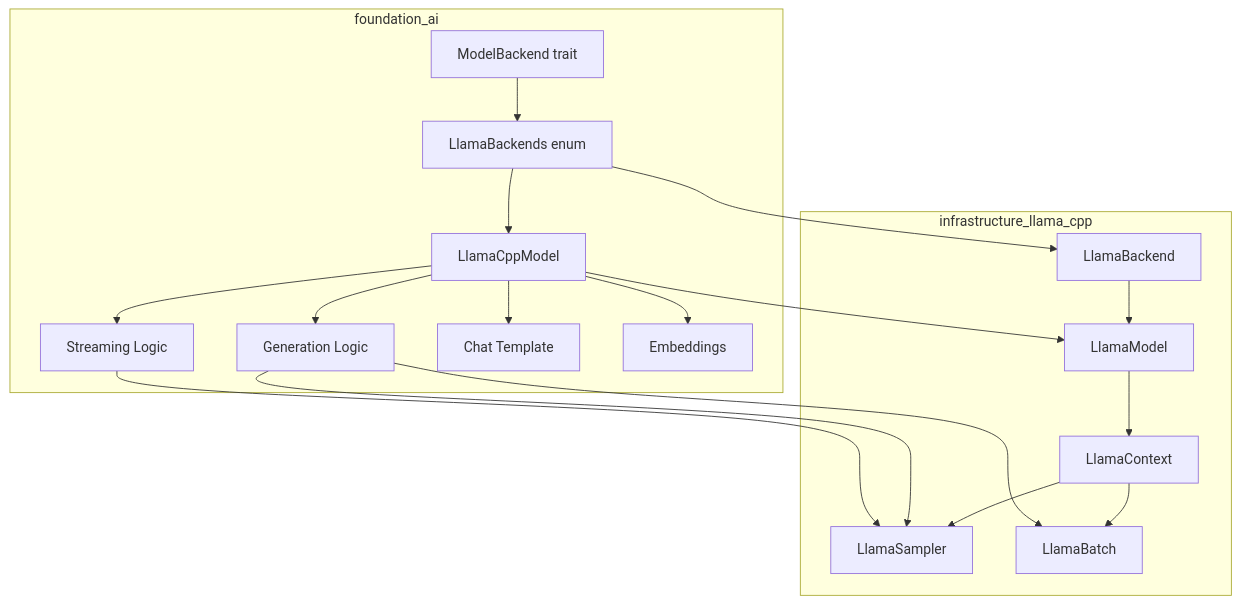
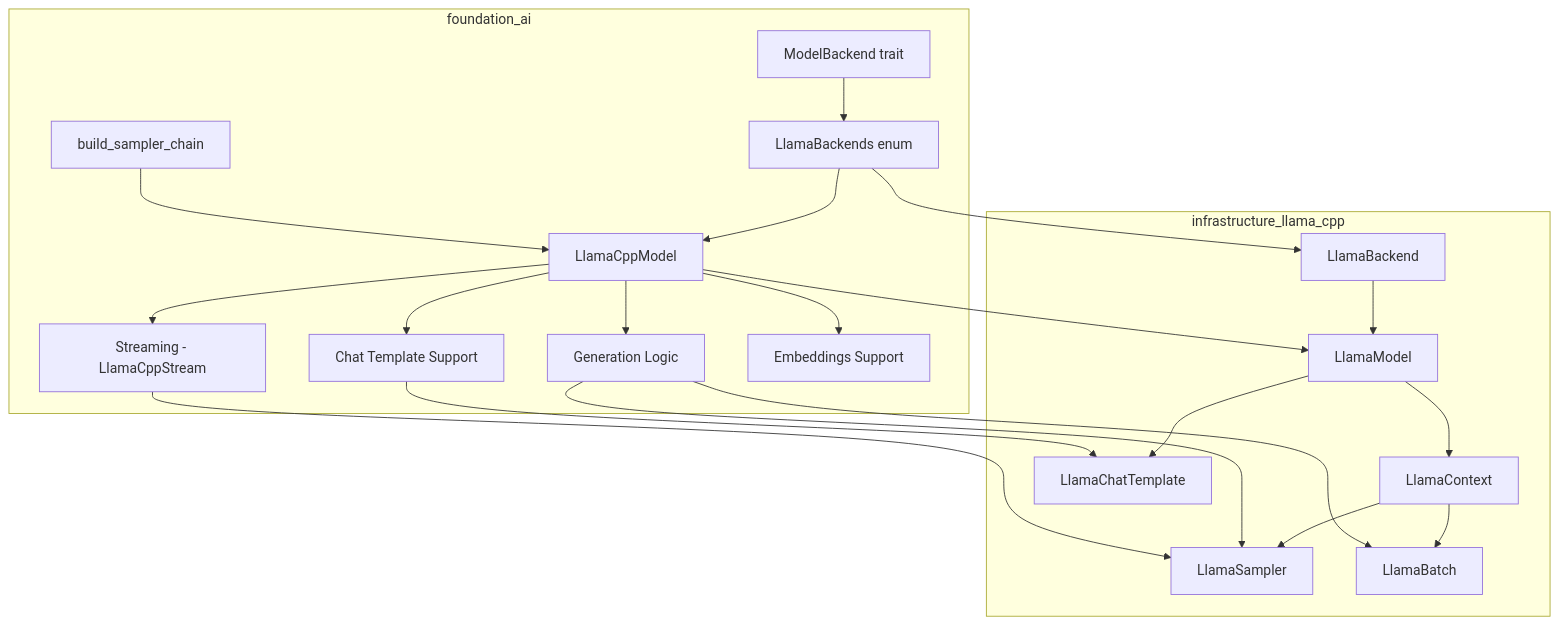
The first of 3 diagrams in specifications/07-foundation-ai/features/01-llamacpp-integration/feature.md (ewe-studios/ewe_platform), drawn with Mermaid before and after one commit. The commit also changed other lines of this file and 11 other files, not shown here.

````diff
--- a/specifications/07-foundation-ai/features/01-llamacpp-integration/feature.md
+++ b/specifications/07-foundation-ai/features/01-llamacpp-integration/feature.md
@@ -700,24 +81,27 @@
 ```mermaid
 graph TD
     subgraph foundation_ai
         A[ModelBackend trait] --> B[LlamaBackends enum]
         B --> C[LlamaCppModel]
         C --> D[Generation Logic]
-        C --> E[Streaming Logic]
-        C --> F[Chat Template]
-        C --> G[Embeddings]
+        C --> E[Streaming - LlamaCppStream]
+        C --> F[Chat Template Support]
+        C --> G[Embeddings Support]
+        H[build_sampler_chain] --> C
     end
 
     subgraph infrastructure_llama_cpp
-        H[LlamaBackend] --> I[LlamaModel]
-        I --> J[LlamaContext]
-        J --> K[LlamaSampler]
-        J --> L[LlamaBatch]
+        I[LlamaBackend] --> J[LlamaModel]
+        J --> K[LlamaContext]
+        K --> L[LlamaSampler]
+        K --> M[LlamaBatch]
+        J --> N[LlamaChatTemplate]
     end
 
-    B --> H
-    C --> I
-    D --> K
-    E --> K
+    B --> I
+    C --> J
     D --> L
+    D --> M
+    E --> L
+    F --> N
 ```
````
